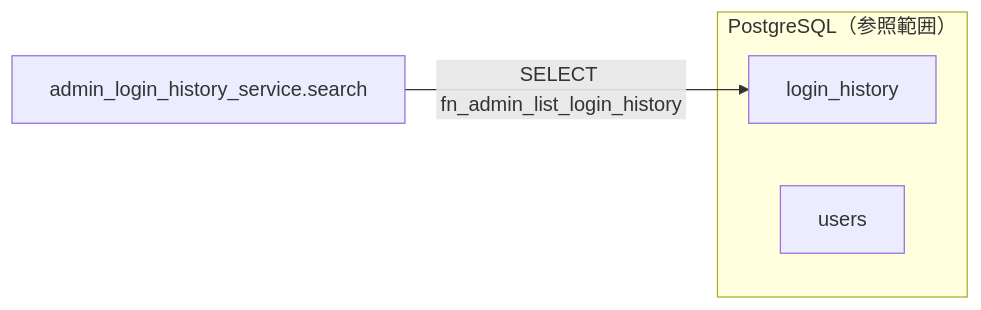
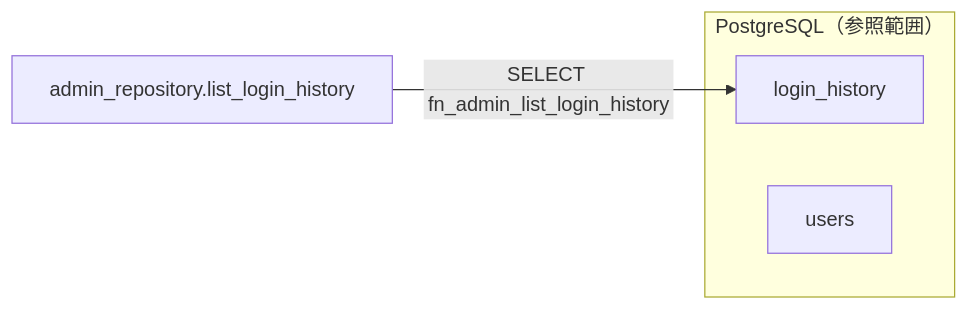
Before and after one commit to oikawa-d/task_management: the fourth of 4 diagrams in docs/detailed_design/api/admin/07_get_admin_login_history.md, drawn with Mermaid. The commit also changed other lines of this file, not shown here.

````diff
--- a/docs/detailed_design/api/admin/07_get_admin_login_history.md
+++ b/docs/detailed_design/api/admin/07_get_admin_login_history.md
@@ -201,8 +199,8 @@
 ```mermaid
 flowchart LR
     subgraph PG["PostgreSQL（参照範囲）"]
         T1["login_history"]
         T2["users"]
     end
-    S["admin_login_history_service.search"] -->|"SELECT fn_admin_list_login_history"| T1
+    ARP["admin_repository.list_login_history"] -->|"SELECT fn_admin_list_login_history"| T1
 ```
````
